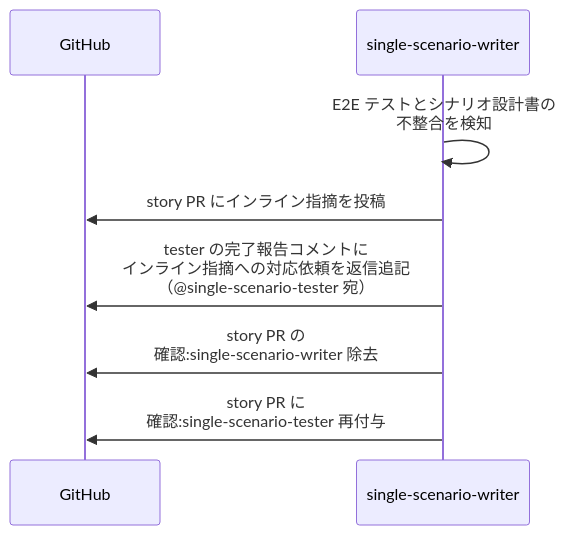
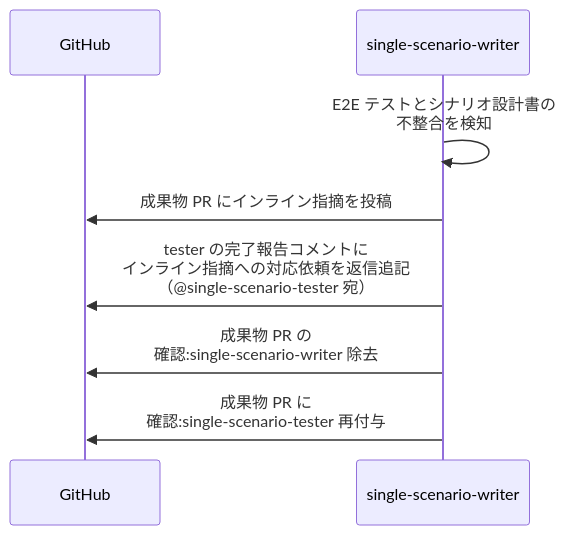
The second of 5 diagrams in docs/wiki/設計図/シナリオ/単一ユースケース/統合テストレビュー.md (shuhei1101/ai-monitor), drawn with Mermaid before and after one commit. The commit also changed other lines of this file and 103 other files, not shown here.

````diff
--- a/docs/wiki/設計図/シナリオ/単一ユースケース/統合テストレビュー.md
+++ b/docs/wiki/設計図/シナリオ/単一ユースケース/統合テストレビュー.md
@@ -81,11 +83,11 @@
 ```mermaid
 sequenceDiagram
   participant GH as GitHub
   participant MON as single-scenario-writer
 
   MON->>MON: E2E テストとシナリオ設計書の<br>不整合を検知
-  MON->>GH: story PR にインライン指摘を投稿
+  MON->>GH: 成果物 PR にインライン指摘を投稿
   MON->>GH: tester の完了報告コメントに<br>インライン指摘への対応依頼を返信追記<br>（@single-scenario-tester 宛）
-  MON->>GH: story PR の<br>確認:single-scenario-writer 除去
-  MON->>GH: story PR に<br>確認:single-scenario-tester 再付与
+  MON->>GH: 成果物 PR の<br>確認:single-scenario-writer 除去
+  MON->>GH: 成果物 PR に<br>確認:single-scenario-tester 再付与
 ```
````
